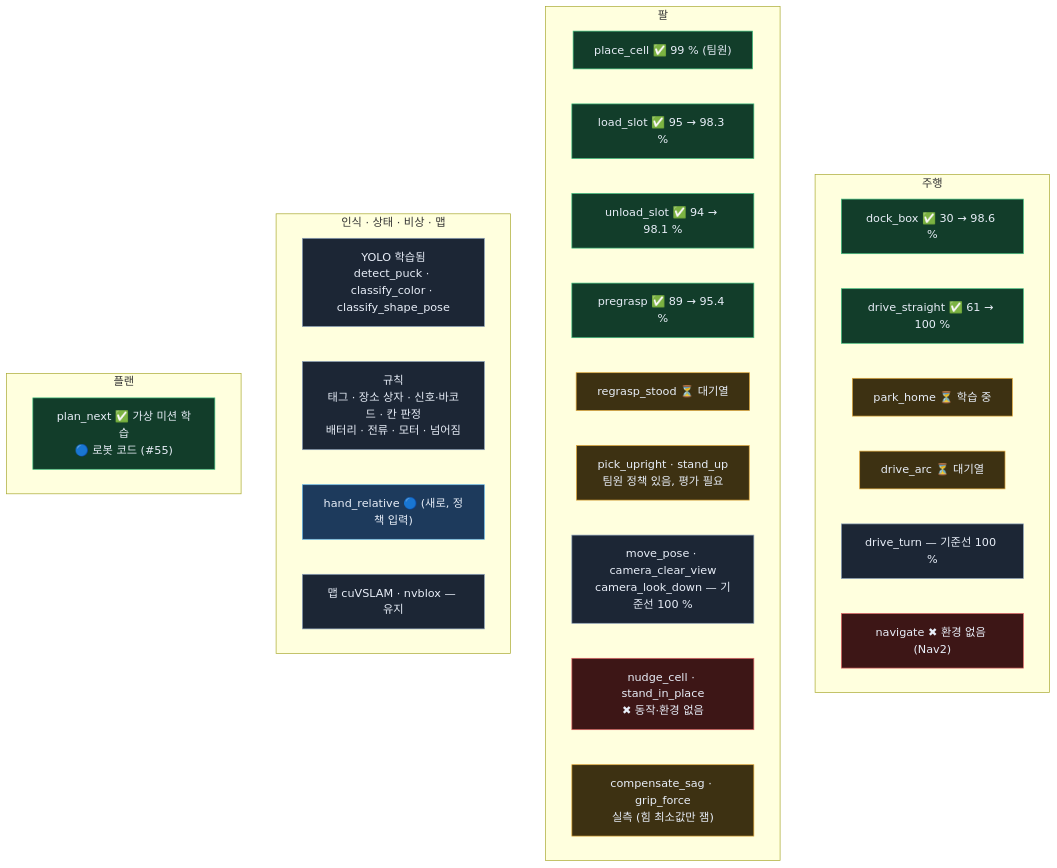
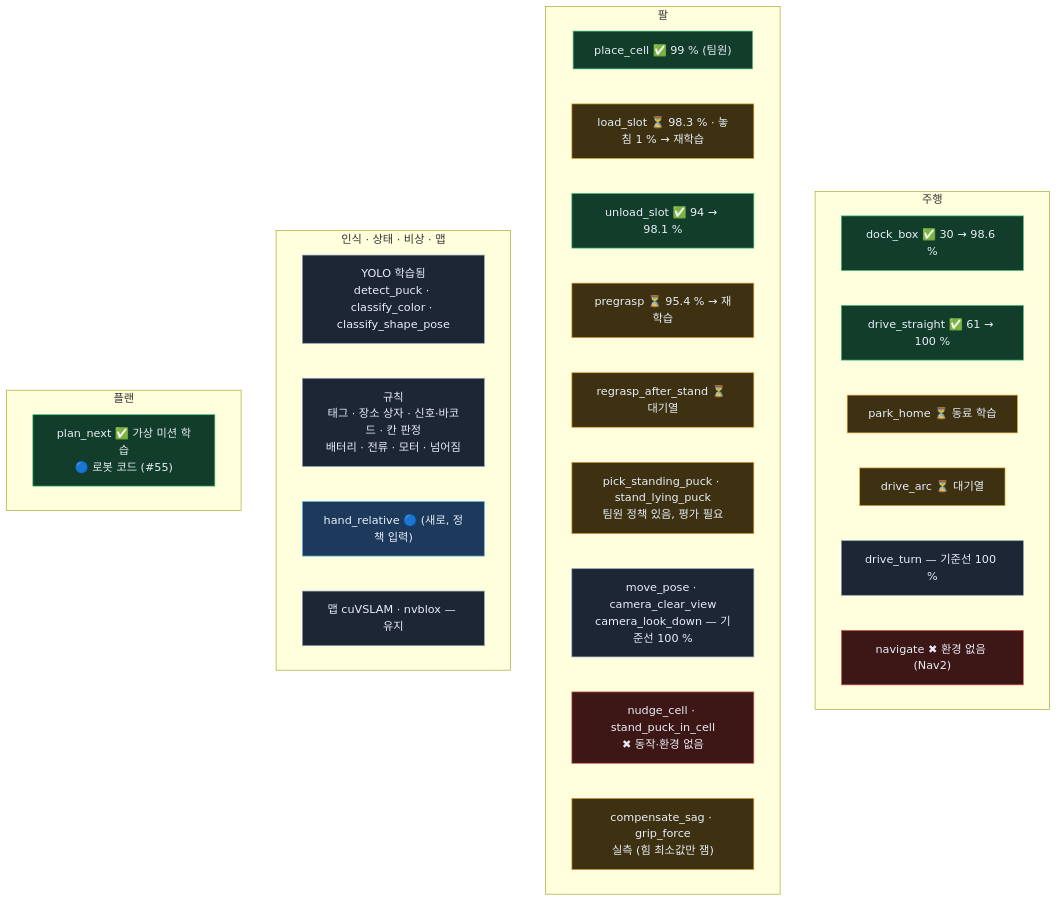
The seventh of 9 diagrams in bee/system-map.md (JuneKunst/JuneKunst.github.io), drawn with Mermaid before and after one commit. The commit also changed other lines of this file and 7 other files, not shown here.

Commit message:
docs: bee 재학습 현황 (load_slot · pregrasp) · skill 이름 바꿈 (pick_standing_puck · stand_lying_puck …)

````diff
--- a/bee/system-map.md
+++ b/bee/system-map.md
@@ -280,36 +280,36 @@
 ```mermaid
 flowchart TB
   subgraph g4_DRIVE["주행"]
     g4_d1["dock_box ✅ 30 → 98.6 %"]:::ok
     g4_d2["drive_straight ✅ 61 → 100 %"]:::ok
-    g4_d3["park_home ⏳ 학습 중"]:::wip
+    g4_d3["park_home ⏳ 동료 학습"]:::wip
     g4_d4["drive_arc ⏳ 대기열"]:::wip
     g4_d5["drive_turn — 기준선 100 %"]:::keep
     g4_d6["navigate ✖ 환경 없음 (Nav2)"]:::no
   end
   subgraph g4_ARM["팔"]
     g4_a1["place_cell ✅ 99 % (팀원)"]:::ok
-    g4_a2["load_slot ✅ 95 → 98.3 %"]:::ok
+    g4_a2["load_slot ⏳ 98.3 % · 놓침 1 % → 재학습"]:::wip
     g4_a3["unload_slot ✅ 94 → 98.1 %"]:::ok
-    g4_a4["pregrasp ✅ 89 → 95.4 %"]:::ok
-    g4_a5["regrasp_stood ⏳ 대기열"]:::wip
-    g4_a6["pick_upright · stand_up<br/>팀원 정책 있음, 평가 필요"]:::wip
+    g4_a4["pregrasp ⏳ 95.4 % → 재학습"]:::wip
+    g4_a5["regrasp_after_stand ⏳ 대기열"]:::wip
+    g4_a6["pick_standing_puck · stand_lying_puck<br/>팀원 정책 있음, 평가 필요"]:::wip
     g4_a7["move_pose · camera_clear_view<br/>camera_look_down — 기준선 100 %"]:::keep
-    g4_a8["nudge_cell · stand_in_place<br/>✖ 동작·환경 없음"]:::no
+    g4_a8["nudge_cell · stand_puck_in_cell<br/>✖ 동작·환경 없음"]:::no
     g4_a9["compensate_sag · grip_force<br/>실측 (힘 최소값만 잼)"]:::wip
   end
   subgraph g4_SENSE["인식 · 상태 · 비상 · 맵"]
     g4_s1["YOLO 학습됨<br/>detect_puck · classify_color · classify_shape_pose"]:::keep
     g4_s2["규칙<br/>태그 · 장소 상자 · 신호·바코드 · 칸 판정<br/>배터리 · 전류 · 모터 · 넘어짐"]:::keep
     g4_s3["hand_relative 🔵 (새로, 정책 입력)"]:::code
     g4_s4["맵 cuVSLAM · nvblox — 유지"]:::keep
   end
   subgraph g4_PLANS["플랜"]
     g4_p1["plan_next ✅ 가상 미션 학습<br/>🔵 로봇 코드 (#55)"]:::ok
   end
   classDef ok fill:#123d2a,stroke:#3fbf7f,color:#e8eef8
   classDef code fill:#1d3a5c,stroke:#67b7e8,color:#e8eef8
   classDef wip fill:#3d3112,stroke:#e2a83a,color:#e8eef8
   classDef no fill:#3d1616,stroke:#e06666,color:#e8eef8
   classDef keep fill:#1c2635,stroke:#8aa0b8,color:#e8eef8
 ```
````
